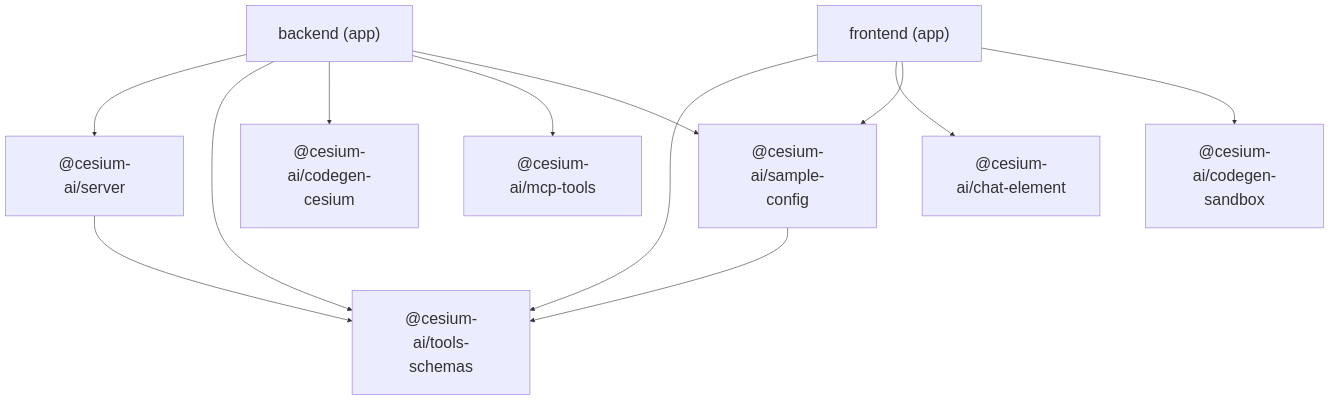
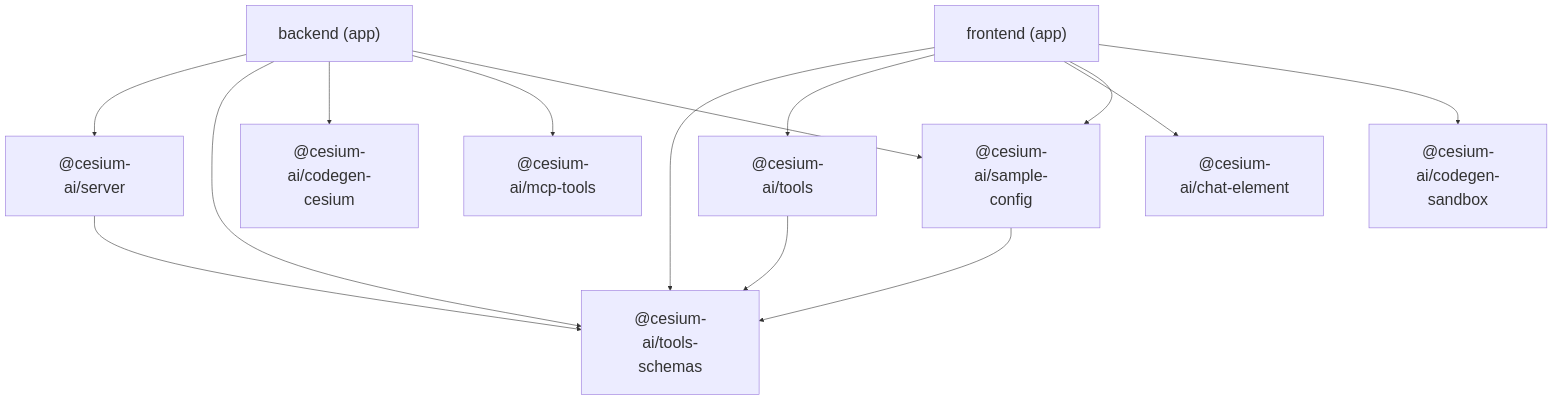
Before and after one commit to CesiumGS/cesiumjs-ai-starter-app: the diagram in docs/packages/index.md, drawn with Mermaid. The commit also changed other lines of this file and 5 other files, not shown here.

````diff
--- a/docs/packages/index.md
+++ b/docs/packages/index.md
@@ -27,25 +28,28 @@
 ```mermaid
 %%{init: {"themeVariables": {"fontSize": "28px"}, "flowchart": {"nodeSpacing": 80, "rankSpacing": 110, "padding": 28}}}%%
 flowchart TD
-    tools["@cesium-ai/tools-schemas"]
+    tools_schemas["@cesium-ai/tools-schemas"]
+    tools["@cesium-ai/tools"]
     codegen["@cesium-ai/codegen-cesium"]
     sandbox["@cesium-ai/codegen-sandbox"]
     mcp["@cesium-ai/mcp-tools"]
     server["@cesium-ai/server"]
     chatel["@cesium-ai/chat-element"]
     shared["@cesium-ai/sample-config"]
     backend["backend (app)"]
     frontend["frontend (app)"]
 
     backend --> server
-    backend --> tools
+    backend --> tools_schemas
     backend --> codegen
     backend --> mcp
     backend --> shared
+    frontend --> tools_schemas
     frontend --> tools
     frontend --> chatel
     frontend --> shared
     frontend --> sandbox
-    shared --> tools
-    server --> tools
+    tools --> tools_schemas
+    shared --> tools_schemas
+    server --> tools_schemas
 ```
````
